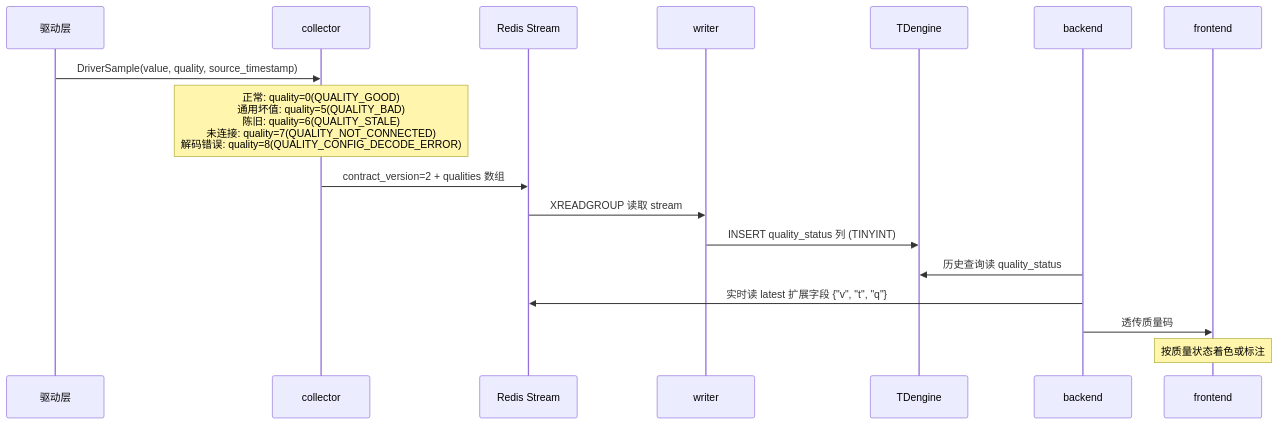
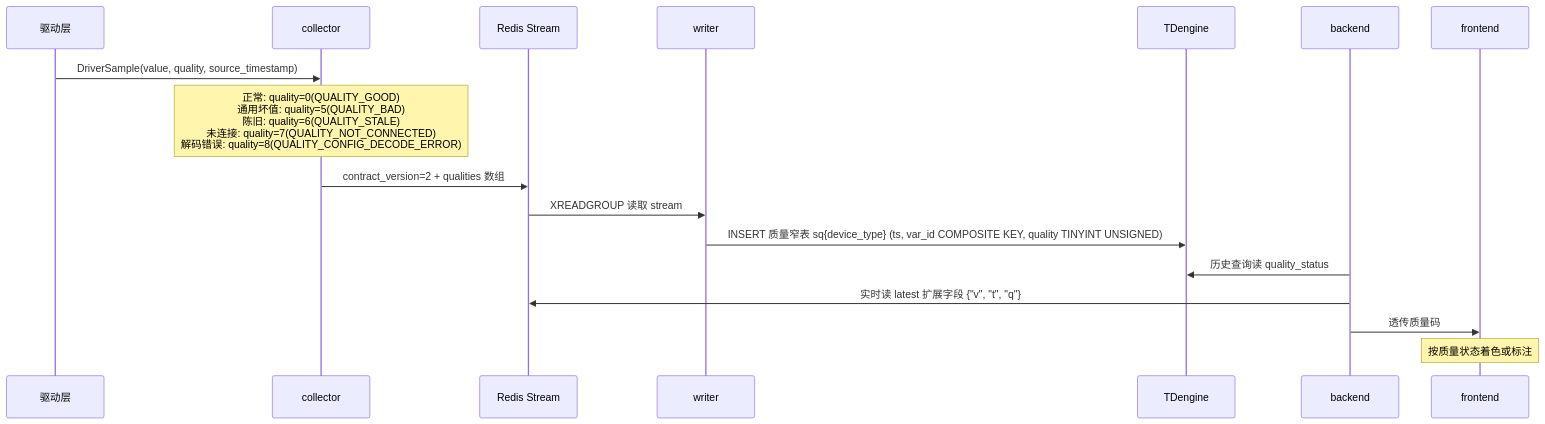
One commit to Hry1729/data_watch changed the fourth of 4 diagrams in docs/01-总体设计/系统架构总览.md. Above: the diagram before and after it, drawn with Mermaid. The commit also changed 1 other file, not shown here.

````diff
--- a/docs/01-总体设计/系统架构总览.md
+++ b/docs/01-总体设计/系统架构总览.md
@@ -201,20 +201,20 @@
 ```mermaid
 sequenceDiagram
     participant DRV as 驱动层
     participant COL as collector
     participant RDS as Redis Stream
     participant WR as writer
     participant TD as TDengine
     participant BE as backend
     participant FE as frontend
 
     DRV->>COL: DriverSample(value, quality, source_timestamp)
     Note over COL: 正常: quality=0(QUALITY_GOOD)<br/>通用坏值: quality=5(QUALITY_BAD)<br/>陈旧: quality=6(QUALITY_STALE)<br/>未连接: quality=7(QUALITY_NOT_CONNECTED)<br/>解码错误: quality=8(QUALITY_CONFIG_DECODE_ERROR)
     COL->>RDS: contract_version=2 + qualities 数组
     RDS->>WR: XREADGROUP 读取 stream
-    WR->>TD: INSERT quality_status 列 (TINYINT)
+    WR->>TD: INSERT 质量窄表 sq{device_type} (ts, var_id COMPOSITE KEY, quality TINYINT UNSIGNED)
     BE->>TD: 历史查询读 quality_status
     BE->>RDS: 实时读 latest 扩展字段 {"v", "t", "q"}
     BE->>FE: 透传质量码
     Note over FE: 按质量状态着色或标注
 ```
````
